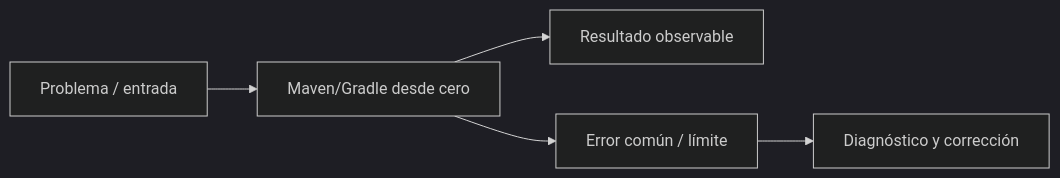
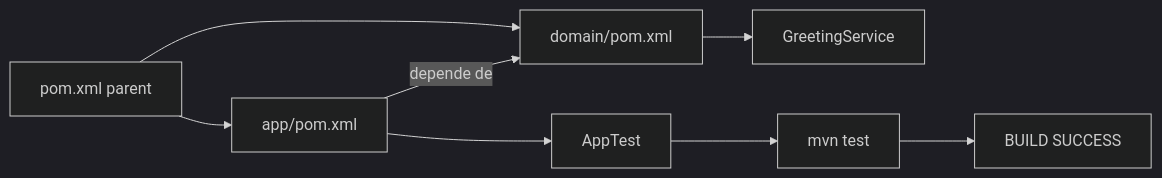
The diagram in docs/cursos/springboot-microservicios-desde-cero/fichas/m01-l03-maven-gradle-desde-cero.md (NICORUIZ93/The_Imperial_Book), drawn with Mermaid (dark theme) before and after one commit. The commit also changed other lines of this file and 119 other files, not shown here.

````diff
--- a/docs/cursos/springboot-microservicios-desde-cero/fichas/m01-l03-maven-gradle-desde-cero.md
+++ b/docs/cursos/springboot-microservicios-desde-cero/fichas/m01-l03-maven-gradle-desde-cero.md
@@ -19,7 +27,10 @@
 ```mermaid
 flowchart LR
-  A[Problema / entrada] --> B[Maven/Gradle desde cero]
-  B --> C[Resultado observable]
-  B --> D[Error común / límite]
-  D --> E[Diagnóstico y corrección]
+  P[pom.xml parent] --> D[domain/pom.xml]
+  P --> A[app/pom.xml]
+  D --> DJ[GreetingService]
+  A -->|depende de| D
+  A --> AT[AppTest]
+  AT --> MVN[mvn test]
+  MVN --> OK[BUILD SUCCESS]
 ```
````
